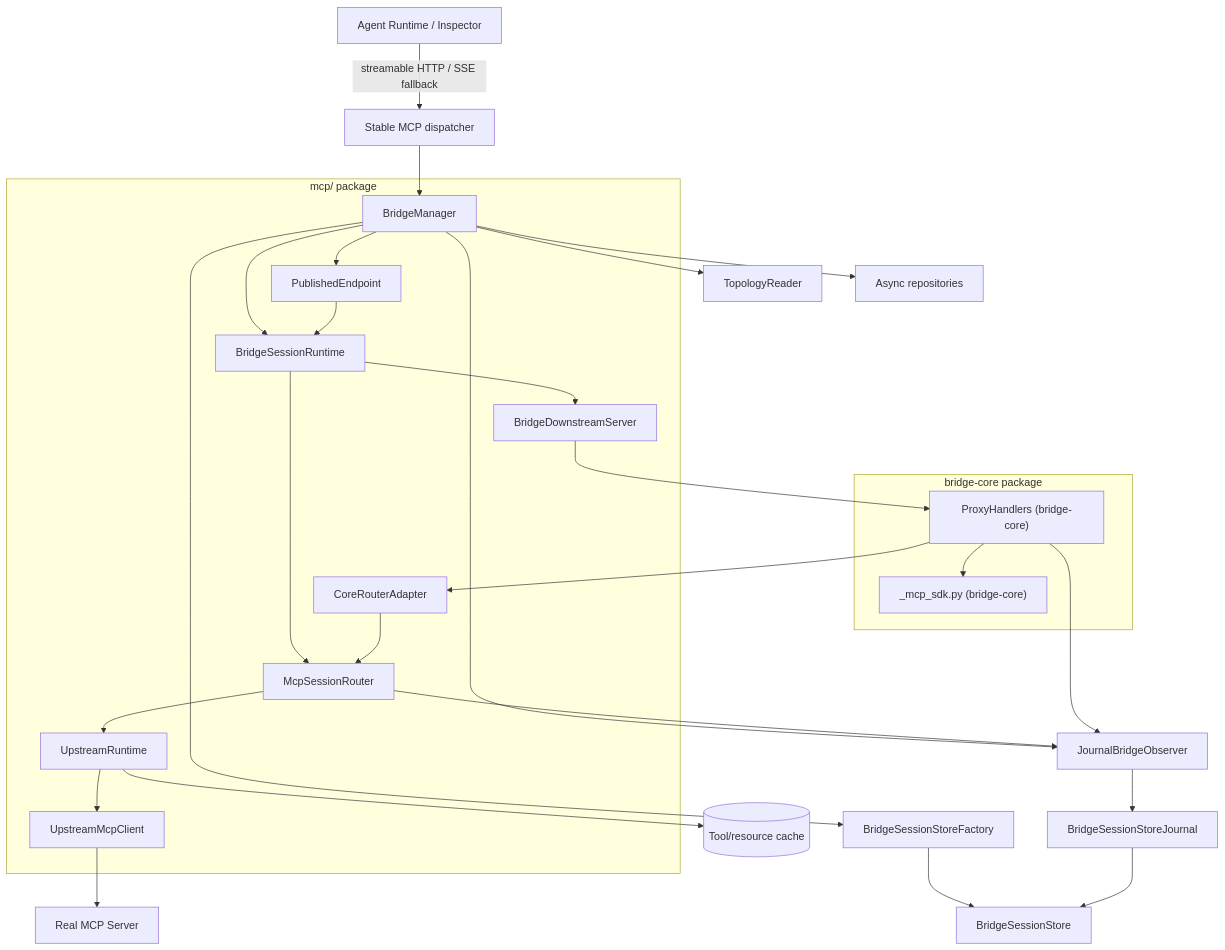
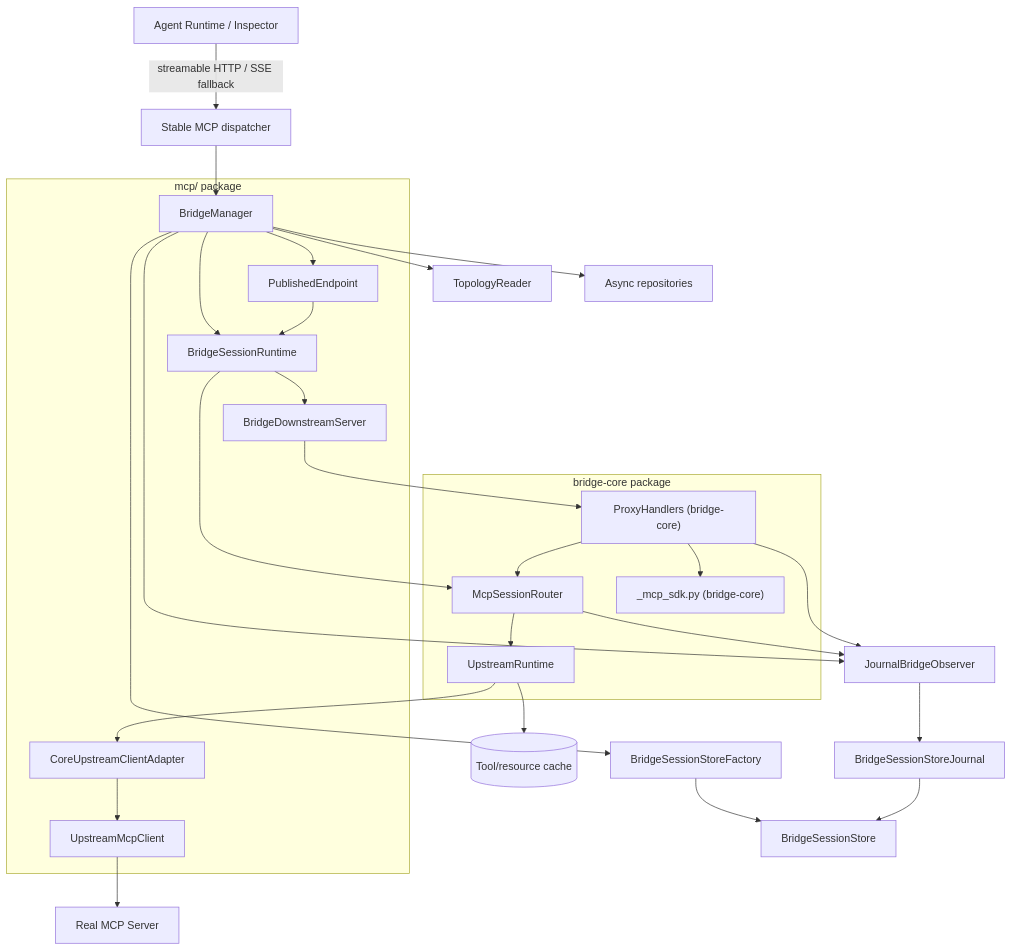
The second of 4 diagrams in docs/architecture/mcp-layer.md (JilongSun/mcpapps-bridge), drawn with Mermaid before and after one commit. The commit also changed other lines of this file and 20 other files, not shown here.

Commit message:
refactor(core): move routing and upstream runtime into bridge core

````diff
--- a/docs/architecture/mcp-layer.md
+++ b/docs/architecture/mcp-layer.md
@@ -39,44 +41,44 @@
 ```mermaid
 flowchart TD
     Client["Agent Runtime / Inspector"] --> |"streamable HTTP / SSE fallback"| API["Stable MCP dispatcher"]
     API --> Manager["BridgeManager"]
     Manager --> Topology["TopologyReader"]
     Manager --> Endpoint["PublishedEndpoint"]
     Manager --> Repositories["Async repositories"]
     Manager --> Factory["BridgeSessionStoreFactory"]
     Manager --> SessionRuntime["BridgeSessionRuntime"]
     Endpoint --> SessionRuntime
     SessionRuntime --> Downstream["BridgeDownstreamServer"]
     Downstream --> Handlers["ProxyHandlers (bridge-core)"]
     SessionRuntime --> Router["McpSessionRouter"]
-    Handlers --> Adapter["CoreRouterAdapter"]
-    Adapter --> Router
+    Handlers --> Router
     Router --> Runtime["UpstreamRuntime"]
-    Runtime --> Upstream["UpstreamMcpClient"]
+    Runtime --> Adapter["CoreUpstreamClientAdapter"]
+    Adapter --> Upstream["UpstreamMcpClient"]
     Upstream --> Real["Real MCP Server"]
 
     Factory --> Store["BridgeSessionStore"]
     Manager --> Observer["JournalBridgeObserver"]
     Router --> Observer
     Handlers --> Observer
     Observer --> Journal["BridgeSessionStoreJournal"]
     Journal --> Store
     Runtime --> Cache[("Tool/resource cache")]
     Handlers --> Mapper["_mcp_sdk.py (bridge-core)"]
 
     subgraph "mcp/ package"
         Manager
         Endpoint
         SessionRuntime
         Downstream
         Adapter
-        Router
-        Runtime
         Upstream
     end
 
     subgraph "bridge-core package"
         Handlers
         Mapper
+        Router
+        Runtime
     end
 ```
````
